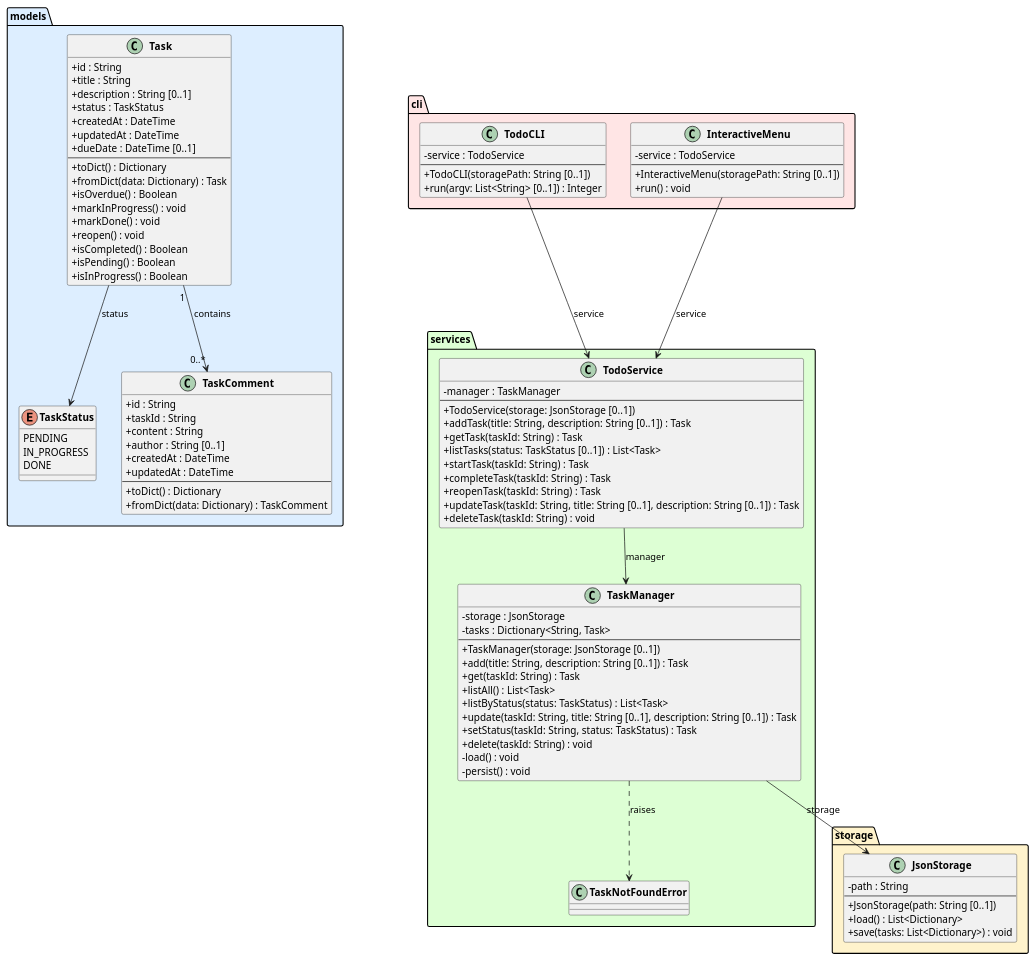
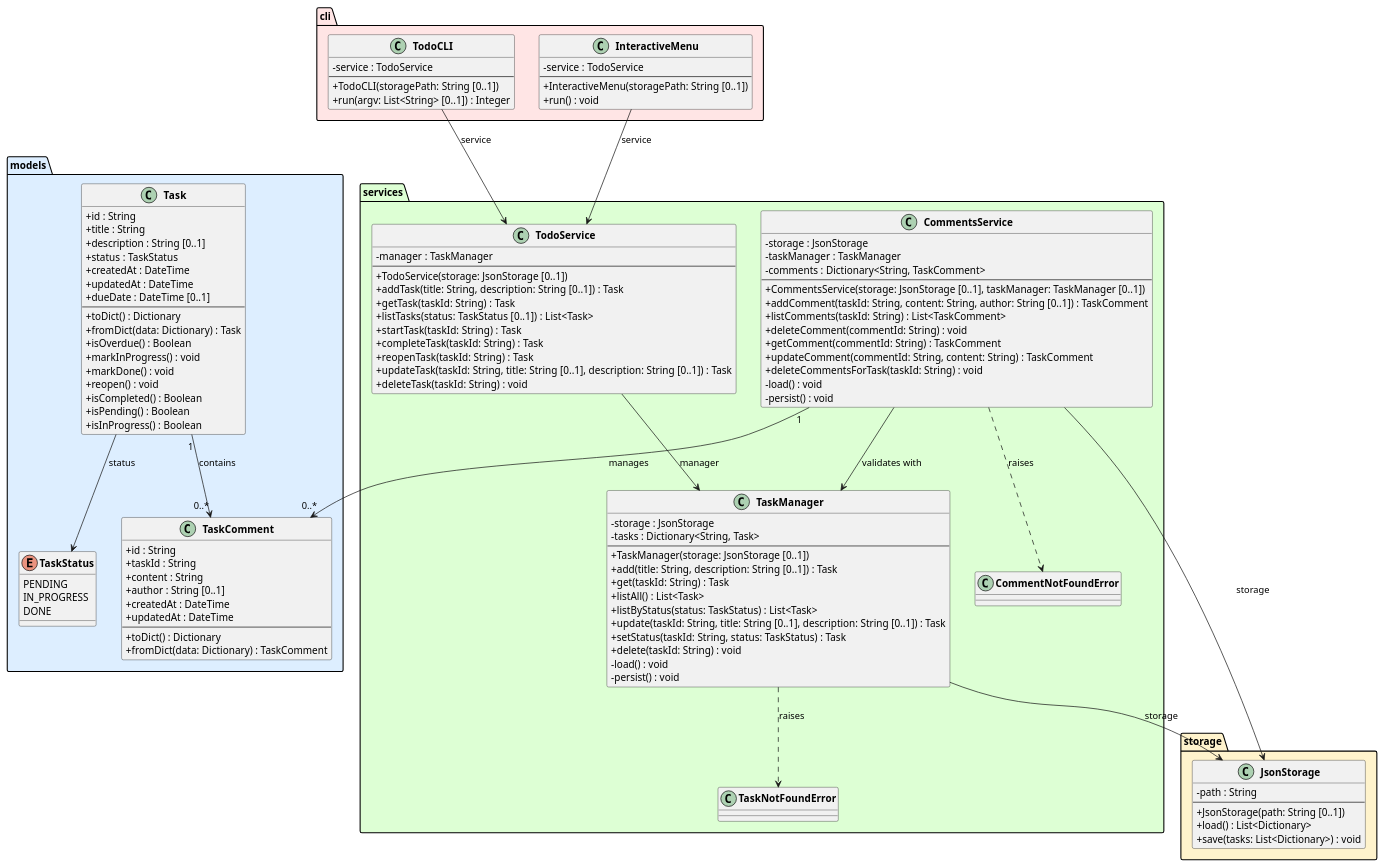
The diagram in experiments/broadcast/structured_text/TODO/artifacts/class_diagram.puml (DanielRiha8906/Software_autoevolution_using_agents), drawn with PlantUML before and after one commit. The commit also changed 5 other files, not shown here.

```diff
--- a/experiments/broadcast/structured_text/TODO/artifacts/class_diagram.puml
+++ b/experiments/broadcast/structured_text/TODO/artifacts/class_diagram.puml
@@ -1,115 +1,138 @@
 @startuml class_diagram
 
 skinparam classAttributeIconSize 0
 skinparam classFontStyle bold
 
 package "models" #DDEEFF {
     enum TaskStatus {
         PENDING
         IN_PROGRESS
         DONE
     }
 
     class Task {
         +id : String
         +title : String
         +description : String [0..1]
         +status : TaskStatus
         +createdAt : DateTime
         +updatedAt : DateTime
         +dueDate : DateTime [0..1]
         --
         +toDict() : Dictionary
         +fromDict(data: Dictionary) : Task
         +isOverdue() : Boolean
         +markInProgress() : void
         +markDone() : void
         +reopen() : void
         +isCompleted() : Boolean
         +isPending() : Boolean
         +isInProgress() : Boolean
     }
 
     class TaskComment {
         +id : String
         +taskId : String
         +content : String
         +author : String [0..1]
         +createdAt : DateTime
         +updatedAt : DateTime
         --
         +toDict() : Dictionary
         +fromDict(data: Dictionary) : TaskComment
     }
 }
 
 package "storage" #FFF3CC {
     class JsonStorage {
         -path : String
         --
         +JsonStorage(path: String [0..1])
         +load() : List<Dictionary>
         +save(tasks: List<Dictionary>) : void
     }
 }
 
 package "services" #DDFFD4 {
     class TaskNotFoundError {
     }
 
+    class CommentNotFoundError {
+    }
+
     class TaskManager {
         -storage : JsonStorage
         -tasks : Dictionary<String, Task>
         --
         +TaskManager(storage: JsonStorage [0..1])
         +add(title: String, description: String [0..1]) : Task
         +get(taskId: String) : Task
         +listAll() : List<Task>
         +listByStatus(status: TaskStatus) : List<Task>
         +update(taskId: String, title: String [0..1], description: String [0..1]) : Task
         +setStatus(taskId: String, status: TaskStatus) : Task
         +delete(taskId: String) : void
+        -load() : void
+        -persist() : void
+    }
+
+    class CommentsService {
+        -storage : JsonStorage
+        -taskManager : TaskManager
+        -comments : Dictionary<String, TaskComment>
+        --
+        +CommentsService(storage: JsonStorage [0..1], taskManager: TaskManager [0..1])
+        +addComment(taskId: String, content: String, author: String [0..1]) : TaskComment
+        +listComments(taskId: String) : List<TaskComment>
+        +deleteComment(commentId: String) : void
+        +getComment(commentId: String) : TaskComment
+        +updateComment(commentId: String, content: String) : TaskComment
+        +deleteCommentsForTask(taskId: String) : void
         -load() : void
         -persist() : void
     }
 
     class TodoService {
         -manager : TaskManager
         --
         +TodoService(storage: JsonStorage [0..1])
         +addTask(title: String, description: String [0..1]) : Task
         +getTask(taskId: String) : Task
         +listTasks(status: TaskStatus [0..1]) : List<Task>
         +startTask(taskId: String) : Task
         +completeTask(taskId: String) : Task
         +reopenTask(taskId: String) : Task
         +updateTask(taskId: String, title: String [0..1], description: String [0..1]) : Task
         +deleteTask(taskId: String) : void
     }
 }
 
 package "cli" #FFE5E5 {
     class TodoCLI {
         -service : TodoService
         --
         +TodoCLI(storagePath: String [0..1])
         +run(argv: List<String> [0..1]) : Integer
     }
 
     class InteractiveMenu {
         -service : TodoService
         --
         +InteractiveMenu(storagePath: String [0..1])
         +run() : void
     }
 }
 
 Task --> TaskStatus : status
 Task "1" --> "0..*" TaskComment : contains
 TaskManager --> JsonStorage : storage
 TaskManager ..> TaskNotFoundError : raises
+CommentsService --> JsonStorage : storage
+CommentsService --> TaskManager : validates with
+CommentsService ..> CommentNotFoundError : raises
+CommentsService "1" --> "0..*" TaskComment : manages
 TodoService --> TaskManager : manager
 TodoCLI --> TodoService : service
 InteractiveMenu --> TodoService : service
 
 @enduml
```
